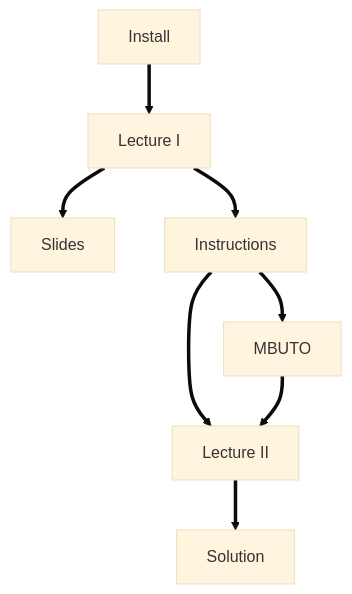
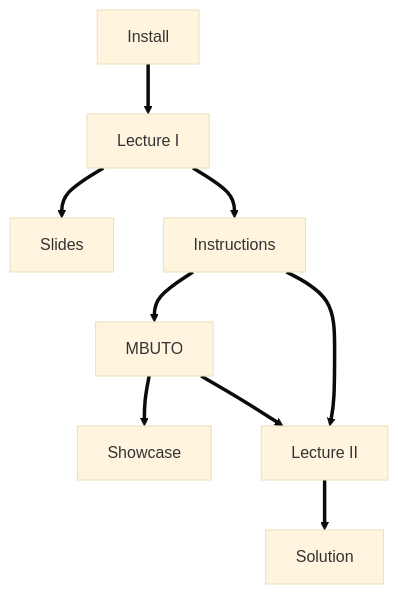
One commit to h2nch2co2h/masterclass-22-1 changed the diagram in NAVIGATION.md. Above: the diagram before and after it, drawn with Mermaid (base theme). The commit also changed 21 other files, not shown here.

````diff
--- a/NAVIGATION.md
+++ b/NAVIGATION.md
@@ -13,17 +13,19 @@
 ```mermaid
 flowchart TB;
   A[Install] ==> B[Lecture I];
   B ==> C[Slides];
   B ==> D[Instructions];
   D ==> E[MBUTO];
+  E ==> H[Showcase]
   D ==> F[Lecture II];
   E ==> F;
   F ==> G[Solution];
   click A "INSTALL.md" "Instructions for how to install the version of PLUMED that you will need for this exercise";
   click B "video1" "This lesson explains the basics about ligand/target binding and the scope of FM.";
   click C "slides/plumed_masterclass_22-1.pdf" "The slides for the theory explained in Lecture I.";
   click D "INSTRUCTIONS.md" "A step-by-step procedure that will wlk you through the FM procedure.";
   click E "mbuto" "Web server to set up a FM simulation. Can be used in substitution of the tcl plug-in funnel.tcl.";
   click F "video2" "A lecture that goes a little more in deep in the practical phases of preparing and analysing a FM simulation";
   click G "Solution.ipynb" "A python notebook that contains results and analyses of the simulation that is discussed in the masterclass.";
+  click H "video3" "A video showcasing MBUTO functionalities";
 ```
````
